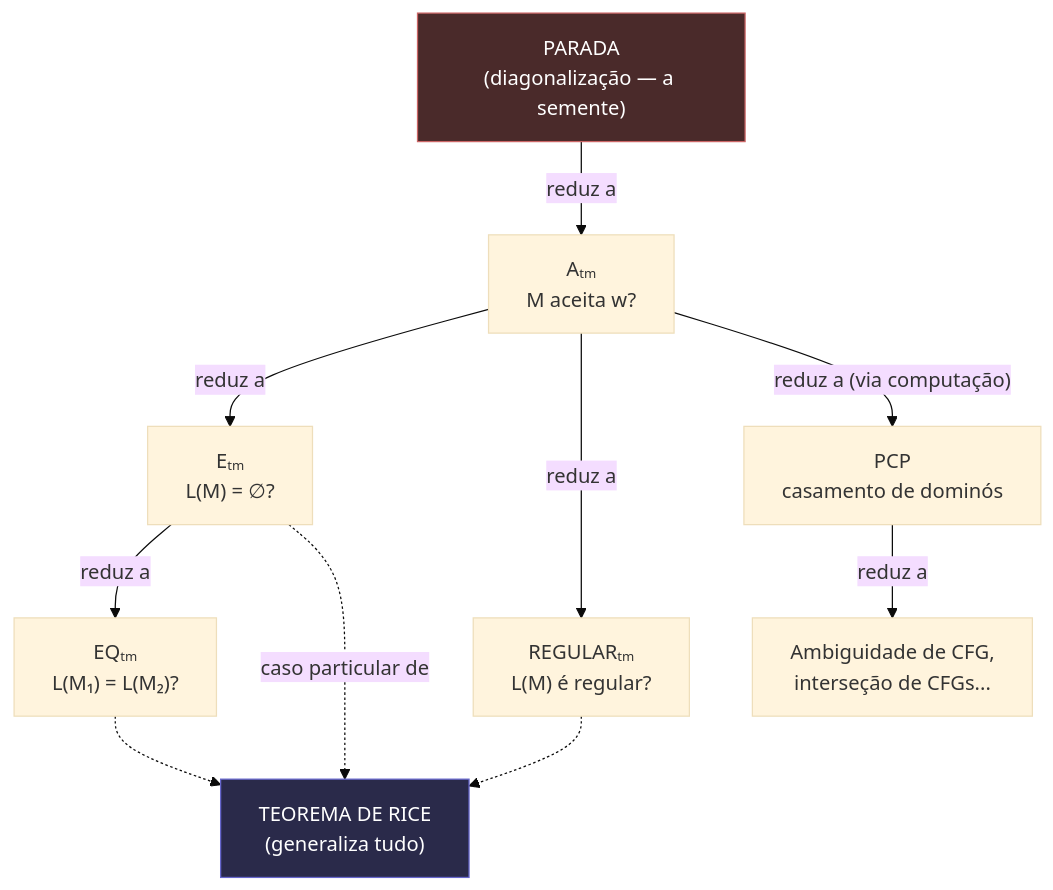
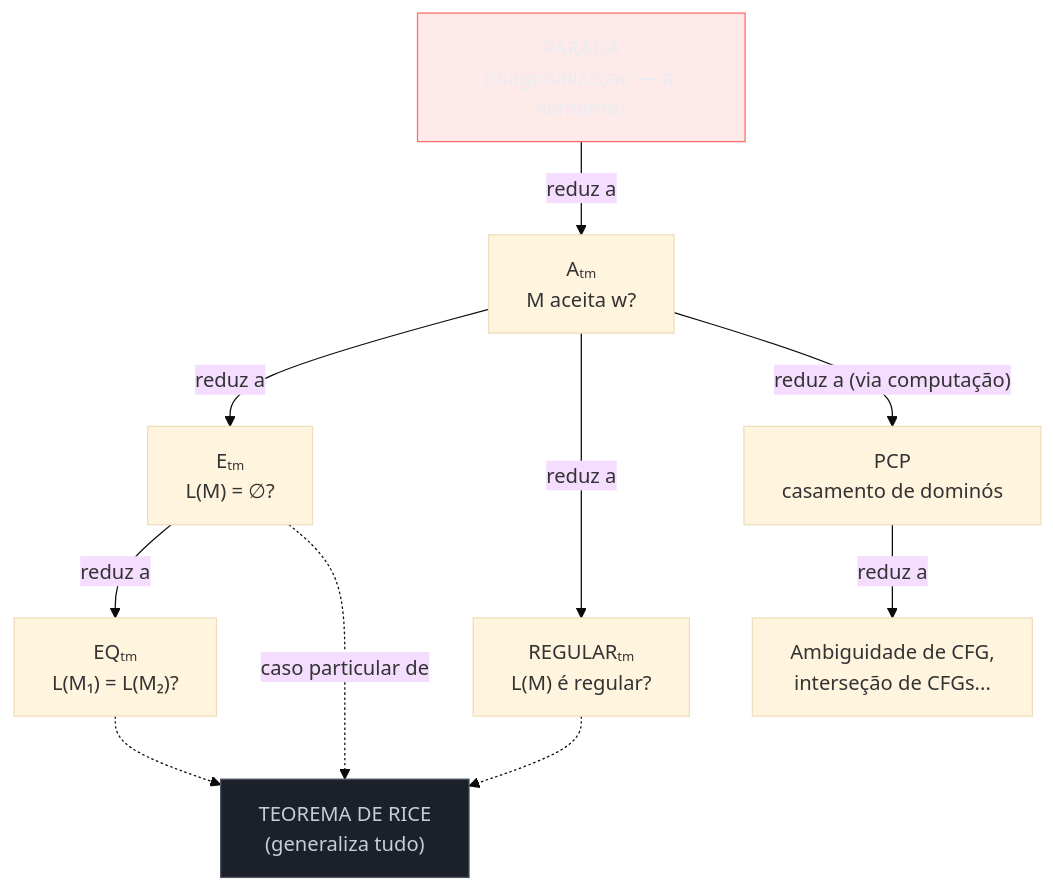
Before and after one commit to josenaldo/codex-technomanticus: the third of 3 diagrams in 03-Dominios/Ciência/Teoria da Computação/12 - Reduções e indecidibilidade em cascata.md, drawn with Mermaid (base theme). The commit also changed other lines of this file and 1181 other files, not shown here.

First line of the commit message:
fix(diagramas): paleta do sistema no lugar de cor cravada no markdown

````diff
--- a/03-Dominios/Ciência/Teoria da Computação/12 - Reduções e indecidibilidade em cascata.md
+++ b/03-Dominios/Ciência/Teoria da Computação/12 - Reduções e indecidibilidade em cascata.md
@@ -230,16 +234,18 @@
 ```mermaid
 flowchart TD
+    classDef falha fill:#FF6B6B24,stroke:#FF6B6B,color:#E9ECF2
+    classDef neutro fill:#1B2029,stroke:#4E5666,color:#C6CCD8
     HALT["PARADA<br/>(diagonalização — a semente)"]
     HALT -->|"reduz a"| ATM["Aₜₘ<br/>M aceita w?"]
     ATM -->|"reduz a"| ETM["Eₜₘ<br/>L(M) = ∅?"]
     ATM -->|"reduz a"| REG["REGULARₜₘ<br/>L(M) é regular?"]
     ETM -->|"reduz a"| EQTM["EQₜₘ<br/>L(M₁) = L(M₂)?"]
     ATM -->|"reduz a (via computação)"| PCP["PCP<br/>casamento de dominós"]
     PCP -->|"reduz a"| GRAM["Ambiguidade de CFG,<br/>interseção de CFGs..."]
     ETM -.->|"caso particular de"| RICE["TEOREMA DE RICE<br/>(generaliza tudo)"]
     REG -.-> RICE
     EQTM -.-> RICE
 
-    style HALT fill:#4a2a2a,stroke:#c66,color:#fff
-    style RICE fill:#2a2a4a,stroke:#66c,color:#fff
+    class HALT falha
+    class RICE neutro
 ```
````
